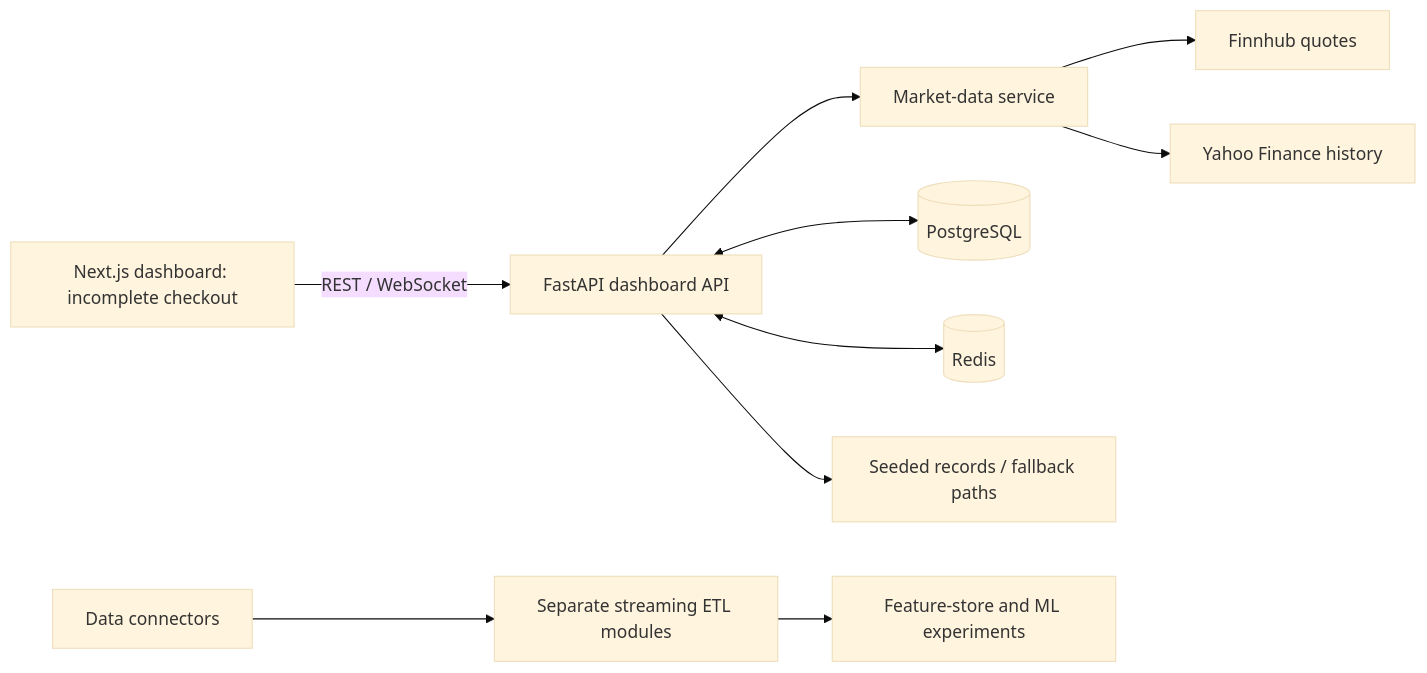
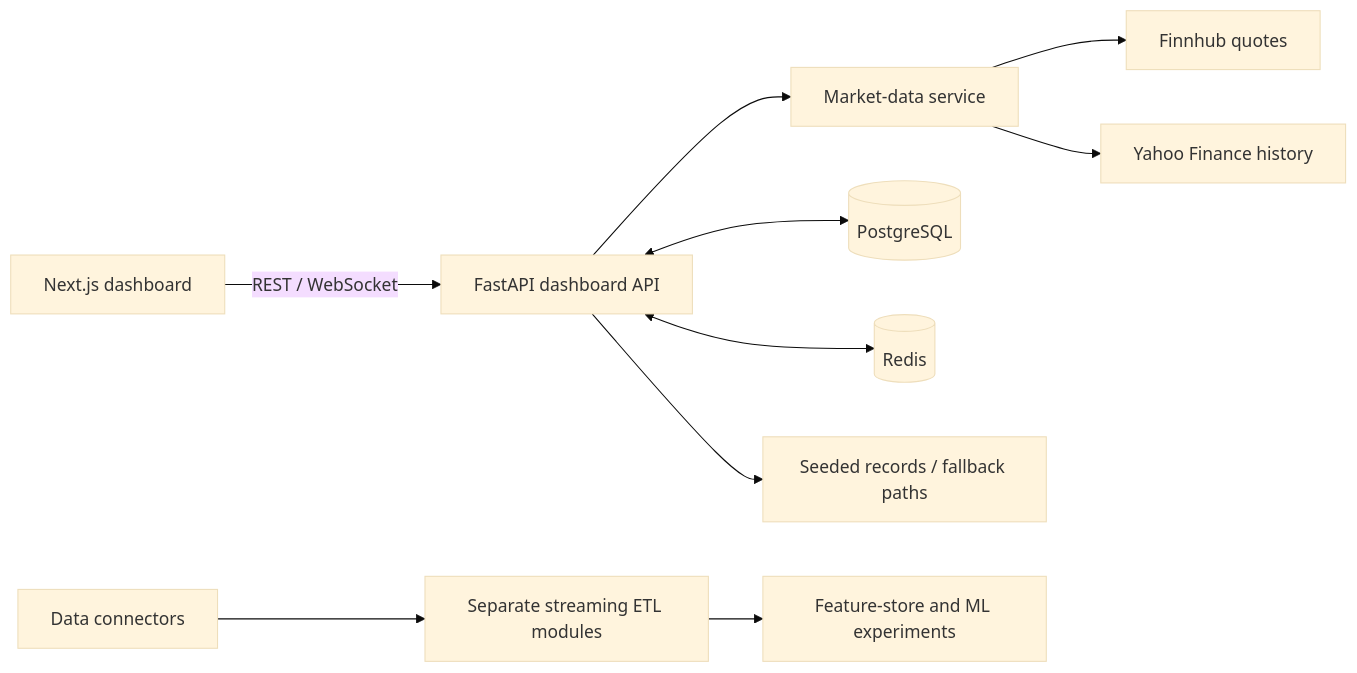
The diagram in README.md (anudeepadi/quantstream), drawn with Mermaid (base theme) before and after one commit. The commit also changed other lines of this file and 51 other files, not shown here.

````diff
--- a/README.md
+++ b/README.md
@@ -26,12 +26,12 @@
 ```mermaid
 flowchart LR
-    UI["Next.js dashboard: incomplete checkout"] -->|REST / WebSocket| API["FastAPI dashboard API"]
+    UI["Next.js dashboard"] -->|REST / WebSocket| API["FastAPI dashboard API"]
     API --> Market["Market-data service"]
     Market --> Finnhub["Finnhub quotes"]
     Market --> Yahoo["Yahoo Finance history"]
     API <--> DB[("PostgreSQL")]
     API <--> Cache[("Redis")]
     API --> Demo["Seeded records / fallback paths"]
     Sources["Data connectors"] --> ETL["Separate streaming ETL modules"]
     ETL --> Features["Feature-store and ML experiments"]
 ```
````
